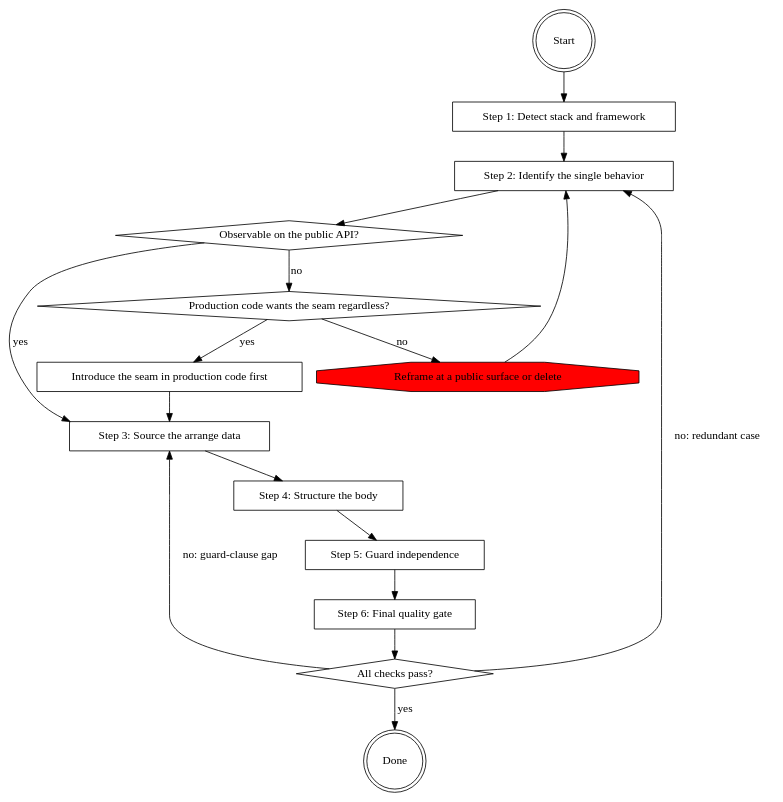
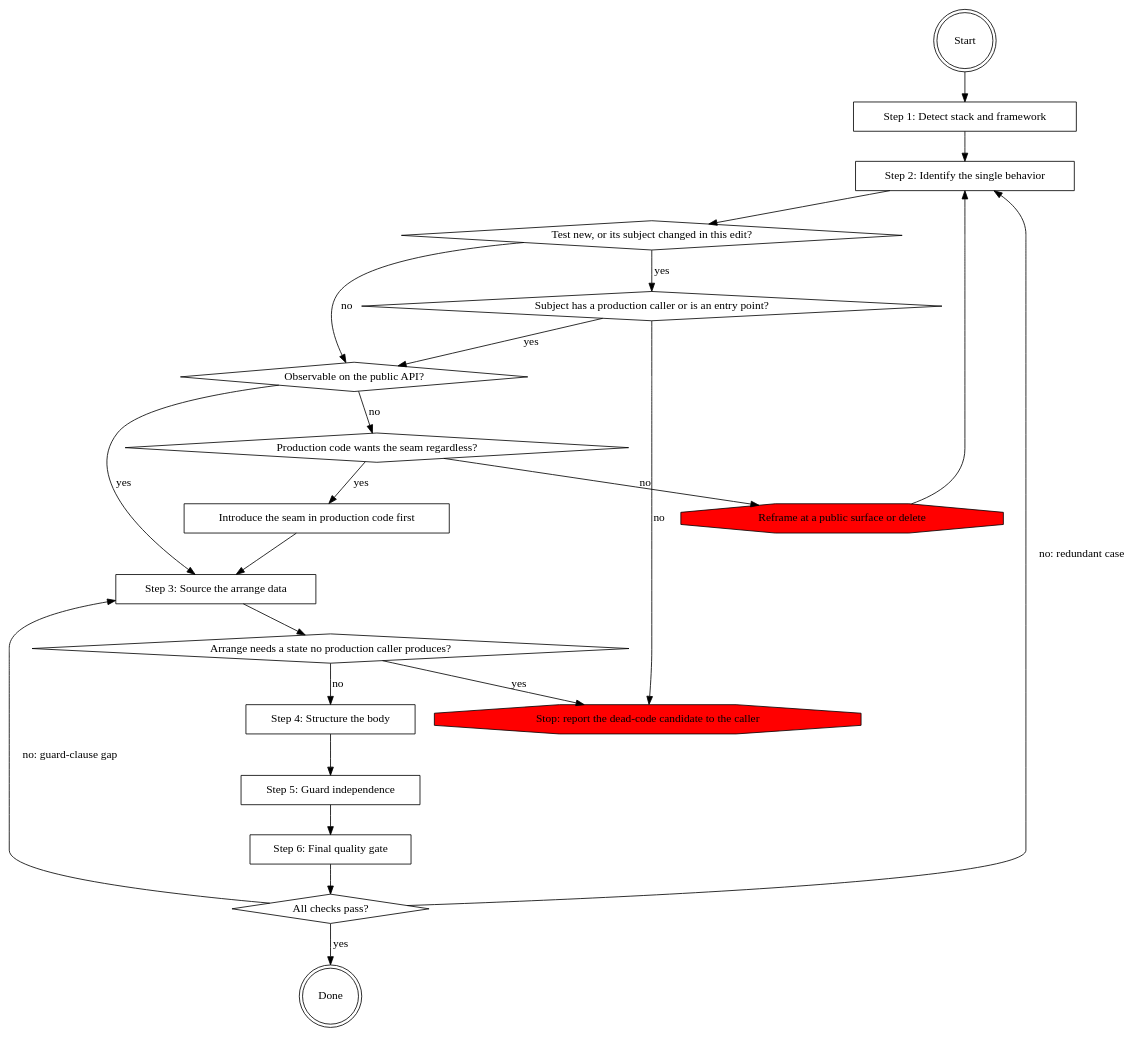
Before and after one commit to it-bens/ai-tools: the diagram in plugins/software-writer/skills/writing-tests/SKILL.md, drawn with Graphviz. The commit also changed other lines of this file and 81 other files, not shown here.

````diff
--- a/plugins/software-writer/skills/writing-tests/SKILL.md
+++ b/plugins/software-writer/skills/writing-tests/SKILL.md
@@ -20,29 +20,40 @@
 ```dot
 digraph writing_tests {
     "Start" [shape=doublecircle];
     "Step 1: Detect stack and framework" [shape=box];
     "Step 2: Identify the single behavior" [shape=box];
     "Observable on the public API?" [shape=diamond];
     "Production code wants the seam regardless?" [shape=diamond];
     "Introduce the seam in production code first" [shape=box];
     "Reframe at a public surface or delete" [shape=octagon, style=filled, fillcolor=red];
     "Step 3: Source the arrange data" [shape=box];
     "Step 4: Structure the body" [shape=box];
     "Step 5: Guard independence" [shape=box];
     "Step 6: Final quality gate" [shape=box];
     "All checks pass?" [shape=diamond];
+    "Subject has a production caller or is an entry point?" [shape=diamond];
+    "Test new, or its subject changed in this edit?" [shape=diamond];
+    "Arrange needs a state no production caller produces?" [shape=diamond];
+    "Stop: report the dead-code candidate to the caller" [shape=octagon, style=filled, fillcolor=red];
     "Done" [shape=doublecircle];
 
-    "Start" -> "Step 1: Detect stack and framework" -> "Step 2: Identify the single behavior" -> "Observable on the public API?";
+    "Start" -> "Step 1: Detect stack and framework" -> "Step 2: Identify the single behavior" -> "Test new, or its subject changed in this edit?";
+    "Test new, or its subject changed in this edit?" -> "Subject has a production caller or is an entry point?" [label="yes"];
+    "Test new, or its subject changed in this edit?" -> "Observable on the public API?" [label="no"];
+    "Subject has a production caller or is an entry point?" -> "Observable on the public API?" [label="yes"];
+    "Subject has a production caller or is an entry point?" -> "Stop: report the dead-code candidate to the caller" [label="no"];
     "Observable on the public API?" -> "Step 3: Source the arrange data" [label="yes"];
     "Observable on the public API?" -> "Production code wants the seam regardless?" [label="no"];
     "Production code wants the seam regardless?" -> "Introduce the seam in production code first" [label="yes"];
     "Production code wants the seam regardless?" -> "Reframe at a public surface or delete" [label="no"];
     "Introduce the seam in production code first" -> "Step 3: Source the arrange data";
     "Reframe at a public surface or delete" -> "Step 2: Identify the single behavior";
-    "Step 3: Source the arrange data" -> "Step 4: Structure the body" -> "Step 5: Guard independence" -> "Step 6: Final quality gate" -> "All checks pass?";
+    "Step 3: Source the arrange data" -> "Arrange needs a state no production caller produces?";
+    "Arrange needs a state no production caller produces?" -> "Step 4: Structure the body" [label="no"];
+    "Arrange needs a state no production caller produces?" -> "Stop: report the dead-code candidate to the caller" [label="yes"];
+    "Step 4: Structure the body" -> "Step 5: Guard independence" -> "Step 6: Final quality gate" -> "All checks pass?";
     "All checks pass?" -> "Done" [label="yes"];
     "All checks pass?" -> "Step 2: Identify the single behavior" [label="no: redundant case"];
     "All checks pass?" -> "Step 3: Source the arrange data" [label="no: guard-clause gap"];
 }
 ```
````
